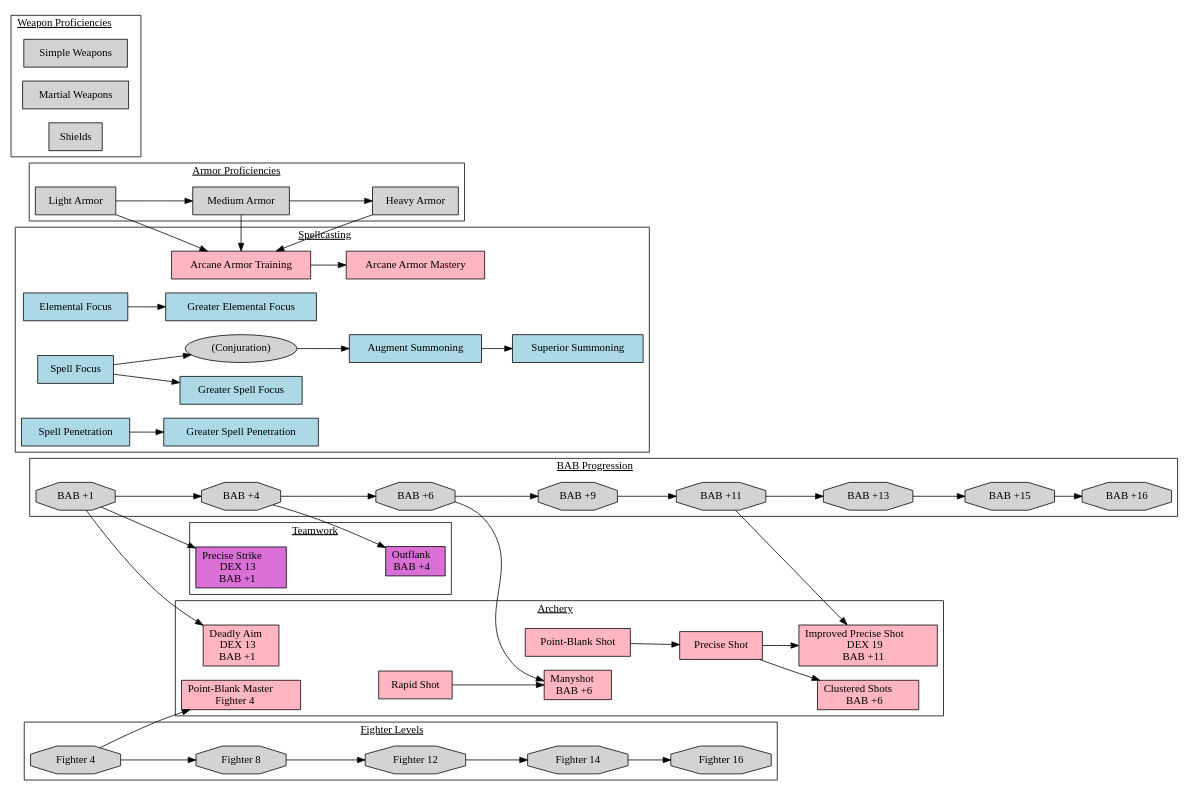
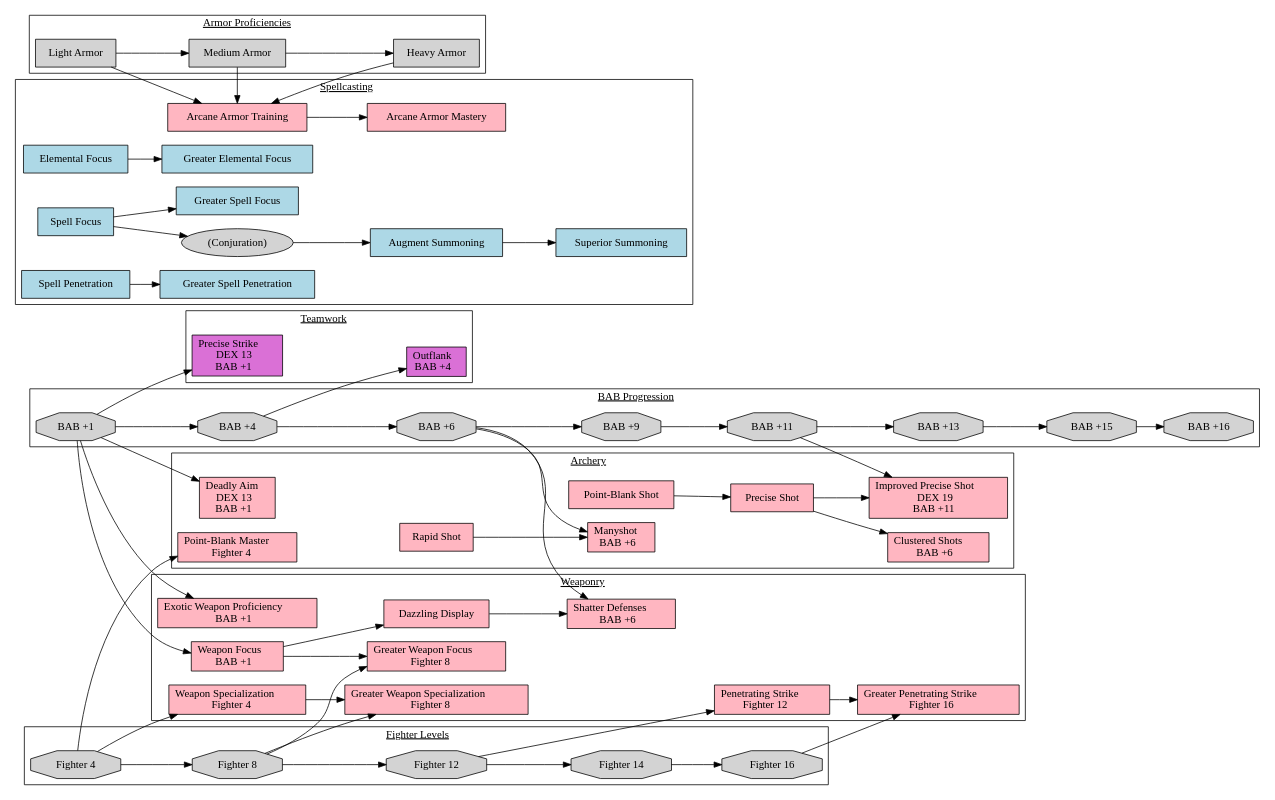
The diagram in Character.dot (JAlexLind/PathFinder), drawn with Graphviz before and after one commit.

```diff
--- a/Character.dot
+++ b/Character.dot
@@ -1,94 +1,122 @@
 digraph Character
 {
   ratio=auto
   rankdir=LR
   newrank=true
   node [shape=rectangle, color=black, style=filled, fillcolor=transparent]
 
 subgraph cluster_bab
 {
   label=<<U>BAB Progression</U>>
   node [shape=octagon, fillcolor=lightgrey]
   "BAB +1" -> "BAB +4" -> "BAB +6" -> "BAB +9" -> "BAB +11" -> "BAB +13" -> "BAB +15" -> "BAB +16"
 }
 
 subgraph cluster_fighter
 {
   label=<<U>Fighter Levels</U>>
   node [shape=octagon, fillcolor=lightgrey]
   "Fighter 4" -> "Fighter 8" -> "Fighter 12" -> "Fighter 14" -> "Fighter 16"
 }
 
 subgraph cluster_armors
 {
   label=<<U>Armor Proficiencies</U>>
   node [shape=rectangle, fillcolor=lightgrey]
   "Light Armor" -> "Medium Armor" -> "Heavy Armor"
 }
 
-subgraph cluster_weapons
-{
-  label=<<U>Weapon Proficiencies</U>>
-  node [shape=rectangle, fillcolor=lightgrey]
-  "Simple Weapons"
-  "Martial Weapons"
-  "Shields"
-}
-
-subgraph cluster_teamwork_feats
+subgraph cluster_teamwork
 {
   label=<<U>Teamwork</U>>
   node [fillcolor=orchid]
 
   "Outflank" [label=<\N<BR/>BAB +4>]
   "BAB +4" -> "Outflank"
 
   "Precise Strike" [label=<\N<BR/>DEX 13<BR/>BAB +1>]
   "BAB +1" -> "Precise Strike"
 }
 
-subgraph cluster_spellcasting_feats
+subgraph cluster_spellcasting
 {
   label=<<U>Spellcasting</U>>
   node [fillcolor=lightblue]
 
   "Elemental Focus" -> "Greater Elemental Focus"
   "Spell Focus" -> "Greater Spell Focus"
   "Spell Penetration" -> "Greater Spell Penetration"
   "(Conjuration)" [shape=oval, fillcolor=lightgrey]
   "Spell Focus" -> "(Conjuration)" -> "Augment Summoning" -> "Superior Summoning"
   "Arcane Armor Training" [fillcolor=lightpink]
   "Arcane Armor Mastery" [fillcolor=lightpink]
   "Light Armor" -> "Arcane Armor Training" [constraint=true]
   "Medium Armor" -> "Arcane Armor Training" [constraint=false]
   "Heavy Armor" -> "Arcane Armor Training" [constraint=false]
   "Arcane Armor Training" -> "Arcane Armor Mastery"
+}
+
+subgraph cluster_weaponry
+{
+  label=<<U>Weaponry</U>>
+  node [fillcolor=lightpink]
+
+  "Exotic Weapon Proficiency" [label=<\N<BR/>BAB +1>]
+  "BAB +1" -> "Exotic Weapon Proficiency"
+
+  "Weapon Focus" [label=<\N<BR/>BAB +1>]
+  "BAB +1" -> "Weapon Focus"
+
+  "Weapon Specialization" [label=<\N<BR/>Fighter 4>]
+  "Fighter 4" -> "Weapon Specialization"
+
+  "Dazzling Display"
+  "Weapon Focus" -> "Dazzling Display"
+
+  "Shatter Defenses" [label=<\N<BR/>BAB +6>]
+  "BAB +6" -> "Shatter Defenses"
+  "Dazzling Display" -> "Shatter Defenses"
+
+  "Greater Weapon Focus" [label=<\N<BR/>Fighter 8>]
+  "Fighter 8" -> "Greater Weapon Focus"
+  "Weapon Focus" -> "Greater Weapon Focus"
+
+  "Greater Weapon Specialization" [label=<\N<BR/>Fighter 8>]
+  "Fighter 8" -> "Greater Weapon Specialization"
+  "Weapon Specialization" -> "Greater Weapon Specialization"
+
+  "Penetrating Strike" [label=<\N<BR/>Fighter 12>]
+  "Fighter 12" -> "Penetrating Strike"
+
+  "Greater Penetrating Strike" [label=<\N<BR/>Fighter 16>]
+  "Fighter 16" -> "Greater Penetrating Strike"
+  "Penetrating Strike" -> "Greater Penetrating Strike"
 }
 
 subgraph cluster_archery
 {
   label=<<U>Archery</U>>
   node [fillcolor=lightpink]
 
   "Point-Blank Shot" -> "Precise Shot"
 
   "Deadly Aim" [label=<\N<BR/>DEX 13<BR/>BAB +1>]
   "BAB +1" -> "Deadly Aim"
 
   "Point-Blank Master" [label=<\N<BR/>Fighter 4>]
   "Fighter 4" -> "Point-Blank Master"
 
   "Clustered Shots" [label=<\N<BR/>BAB +6>]
   "Precise Shot" -> "Clustered Shots"
 
   "Rapid Shot"
   "Manyshot" [label=<\N<BR/>BAB +6>]
   "Rapid Shot" -> "Manyshot"
   "BAB +6" -> "Manyshot"
 
   "Improved Precise Shot" [label=<\N<BR/>DEX 19<BR/>BAB +11>]
   "Precise Shot" -> "Improved Precise Shot"
   "BAB +11" -> "Improved Precise Shot"
 }
 
 }
```
